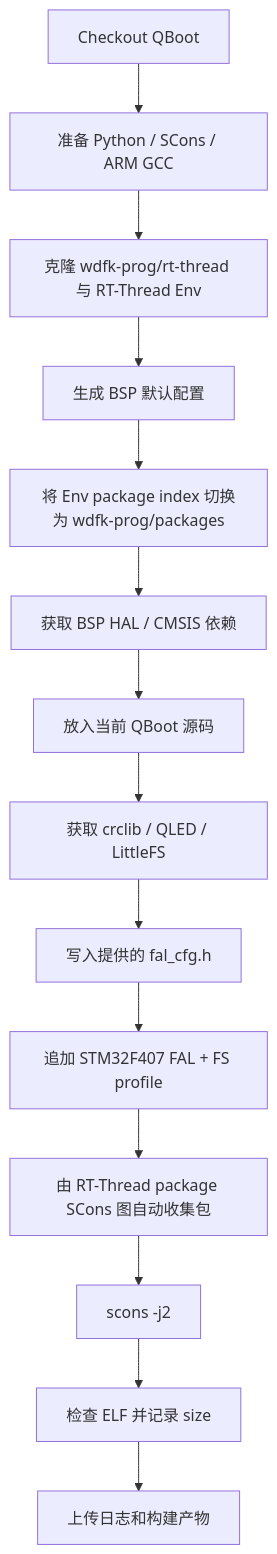
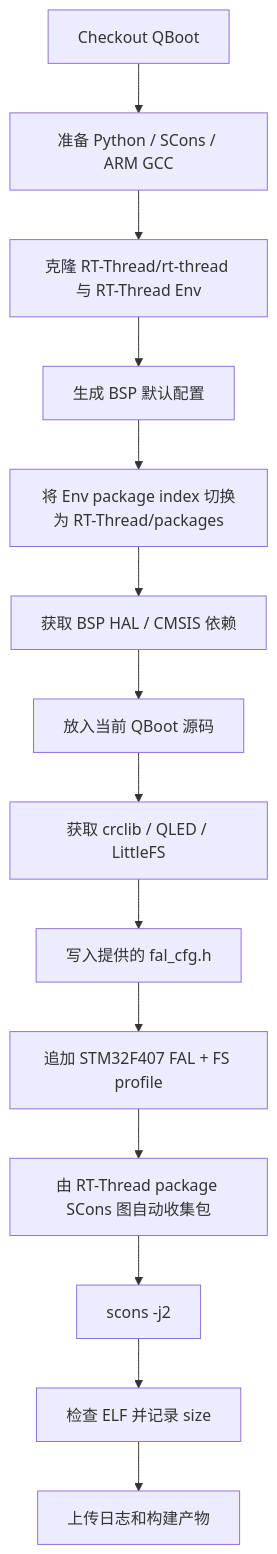
One commit to wdfk-prog/rt-thread-qboot changed the diagram in docs/zh/ci.md. Above: the diagram before and after it, drawn with Mermaid. The commit also changed other lines of this file and 3 other files, not shown here.

````diff
--- a/docs/zh/ci.md
+++ b/docs/zh/ci.md
@@ -63,16 +62,16 @@
 ```mermaid
 flowchart TD
     A[Checkout QBoot] --> B[准备 Python / SCons / ARM GCC]
-    B --> C[克隆 wdfk-prog/rt-thread 与 RT-Thread Env]
+    B --> C[克隆 RT-Thread/rt-thread 与 RT-Thread Env]
     C --> D[生成 BSP 默认配置]
-    D --> E[将 Env package index 切换为 wdfk-prog/packages]
+    D --> E[将 Env package index 切换为 RT-Thread/packages]
     E --> F[获取 BSP HAL / CMSIS 依赖]
     F --> G[放入当前 QBoot 源码]
     G --> H[获取 crclib / QLED / LittleFS]
     H --> I[写入提供的 fal_cfg.h]
     I --> J[追加 STM32F407 FAL + FS profile]
     J --> K[由 RT-Thread package SCons 图自动收集包]
     K --> L[scons -j2]
     L --> M[检查 ELF 并记录 size]
     M --> N[上传日志和构建产物]
 ```
````
